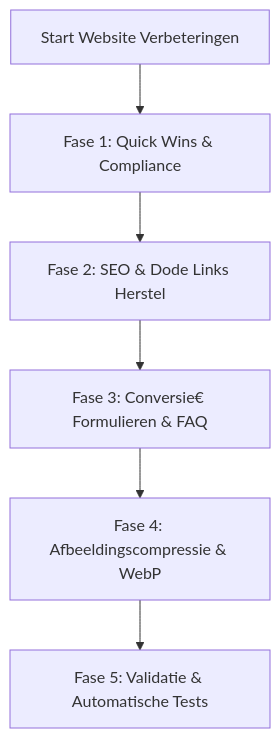
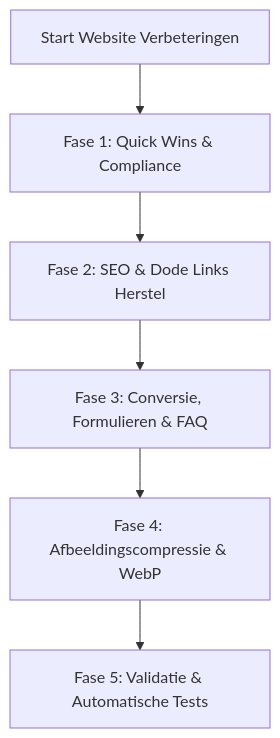
One commit to McMadA/Creation-Alt-Fix changed the first of 2 diagrams in docs/WEBSITE-AUDIT-PLAN.md. Above: the diagram before and after it, drawn with Mermaid. The commit also changed other lines of this file and 20 other files, not shown here.

````diff
--- a/docs/WEBSITE-AUDIT-PLAN.md
+++ b/docs/WEBSITE-AUDIT-PLAN.md
@@ -73,8 +77,8 @@
 ```mermaid
 graph TD
     A[Start Website Verbeteringen] --> B[Fase 1: Quick Wins & Compliance]
     B --> C[Fase 2: SEO & Dode Links Herstel]
-    C --> D[Fase 3: Conversie€ Formulieren & FAQ]
+    C --> D[Fase 3: Conversie, Formulieren & FAQ]
     D --> E[Fase 4: Afbeeldingscompressie & WebP]
     E --> F[Fase 5: Validatie & Automatische Tests]
 ```
````
